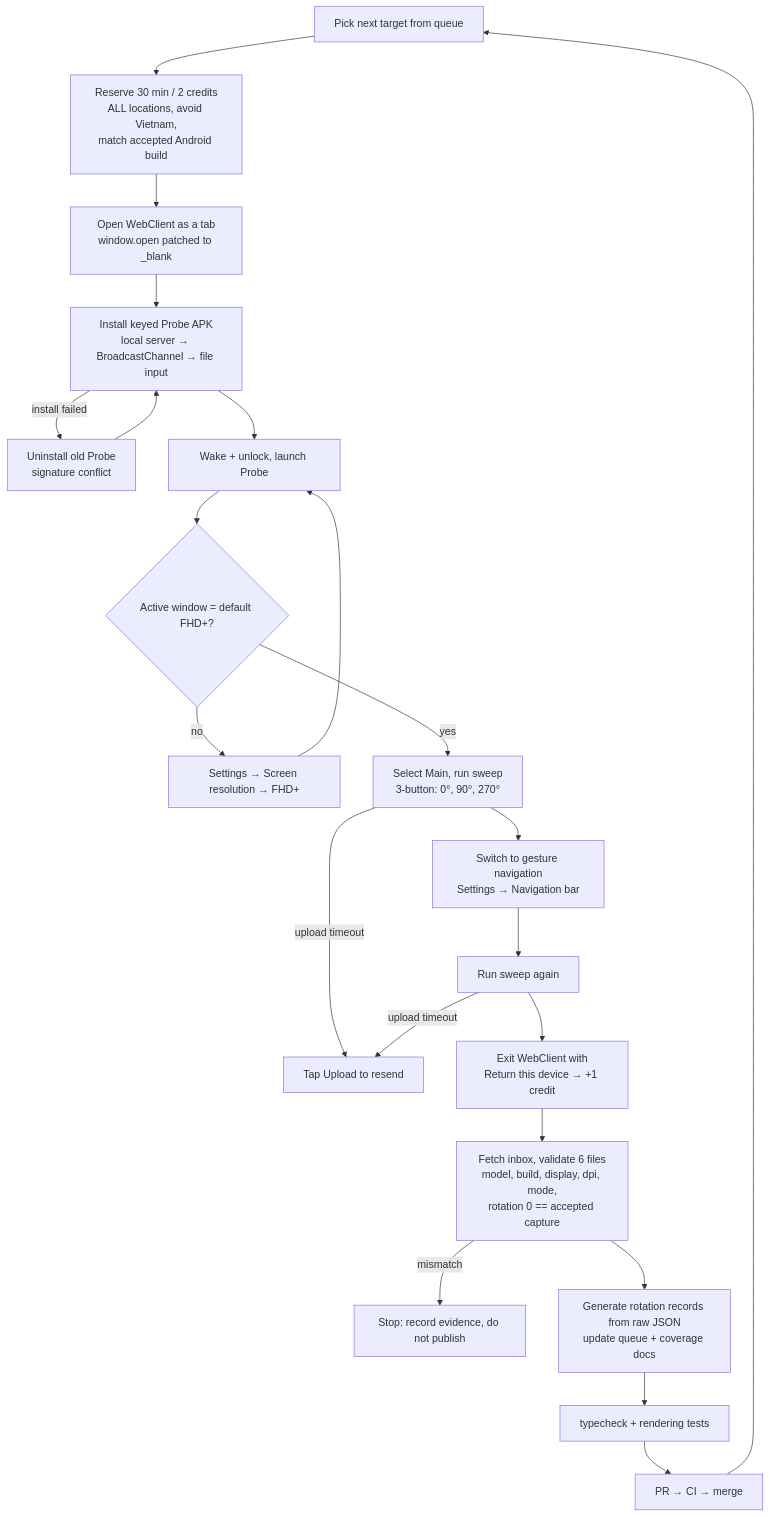
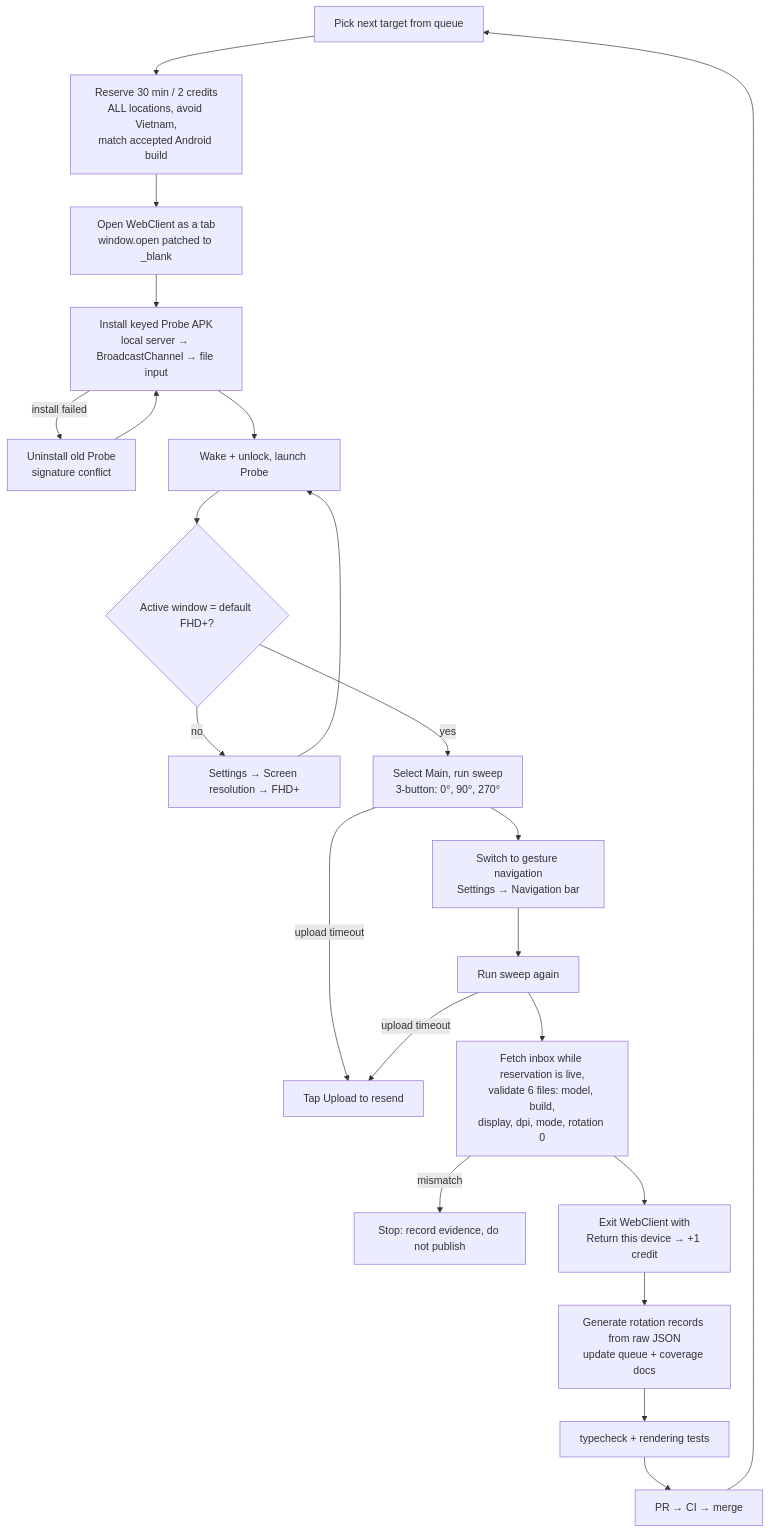
The second of 2 diagrams in docs/MEASUREMENT_HARNESS.md (easyhooon/windowinsets.info), drawn with Mermaid before and after one commit. The commit also changed other lines of this file, not shown here.

````diff
--- a/docs/MEASUREMENT_HARNESS.md
+++ b/docs/MEASUREMENT_HARNESS.md
@@ -61,21 +61,21 @@
 ```mermaid
 flowchart TD
   A[Pick next target from queue] --> B[Reserve 30 min / 2 credits<br/>ALL locations, avoid Vietnam,<br/>match accepted Android build]
   B --> C[Open WebClient as a tab<br/>window.open patched to _blank]
   C --> D[Install keyed Probe APK<br/>local server → BroadcastChannel → file input]
   D -->|install failed| D1[Uninstall old Probe<br/>signature conflict] --> D
   D --> E[Wake + unlock, launch Probe]
   E --> F{Active window = default FHD+?}
   F -->|no| F1[Settings → Screen resolution → FHD+] --> E
   F -->|yes| G[Select Main, run sweep<br/>3-button: 0°, 90°, 270°]
   G --> H[Switch to gesture navigation<br/>Settings → Navigation bar]
   H --> I[Run sweep again]
   G & I -->|upload timeout| U[Tap Upload to resend]
-  I --> J[Exit WebClient with<br/>Return this device → +1 credit]
-  J --> K[Fetch inbox, validate 6 files<br/>model, build, display, dpi, mode,<br/>rotation 0 == accepted capture]
+  I --> K[Fetch inbox while reservation is live,<br/>validate 6 files: model, build,<br/>display, dpi, mode, rotation 0]
   K -->|mismatch| K1[Stop: record evidence, do not publish]
-  K --> L[Generate rotation records from raw JSON<br/>update queue + coverage docs]
+  K --> J[Exit WebClient with<br/>Return this device → +1 credit]
+  J --> L[Generate rotation records from raw JSON<br/>update queue + coverage docs]
   L --> M[typecheck + rendering tests]
   M --> N[PR → CI → merge]
   N --> A
 ```
````
